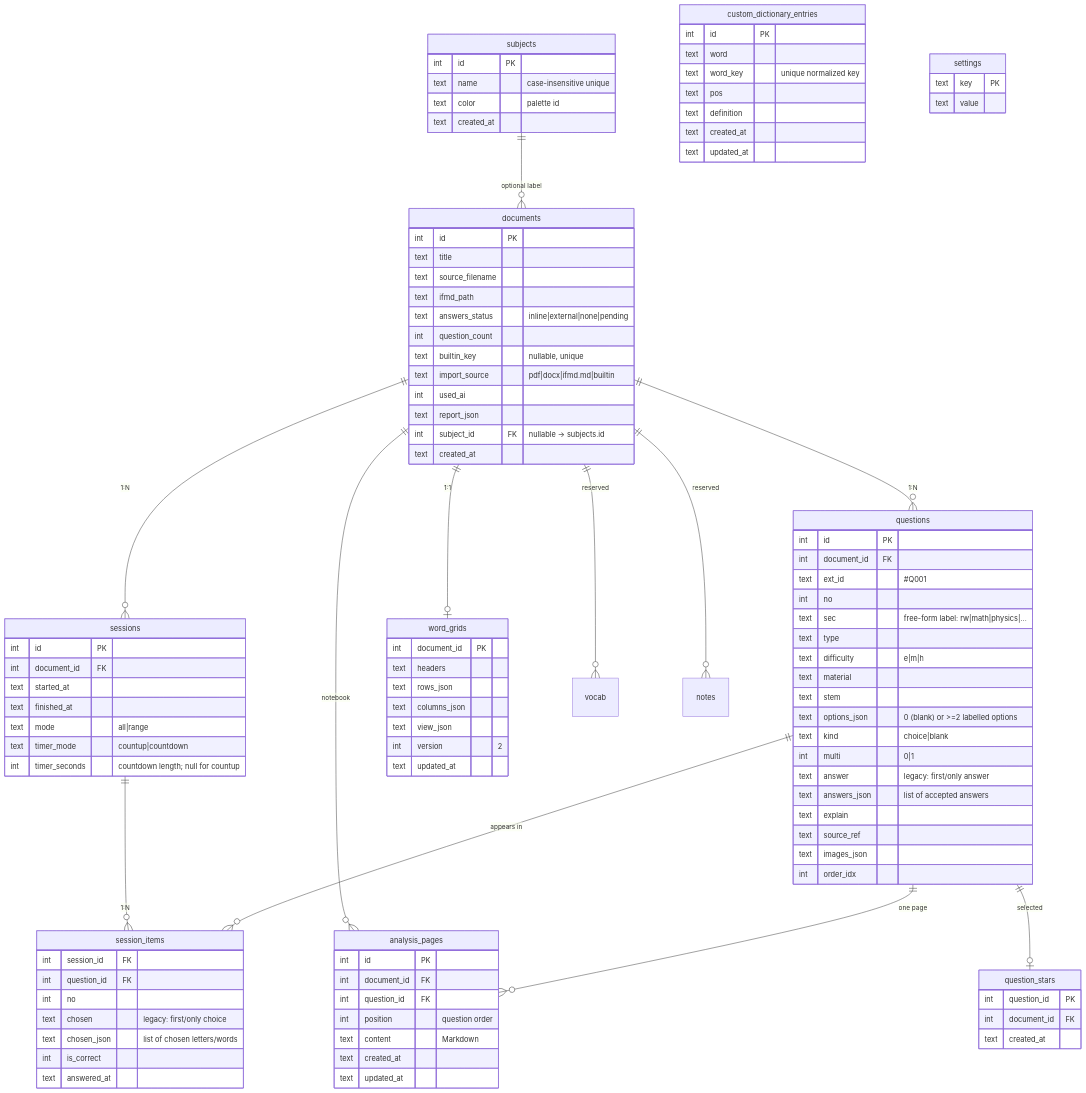
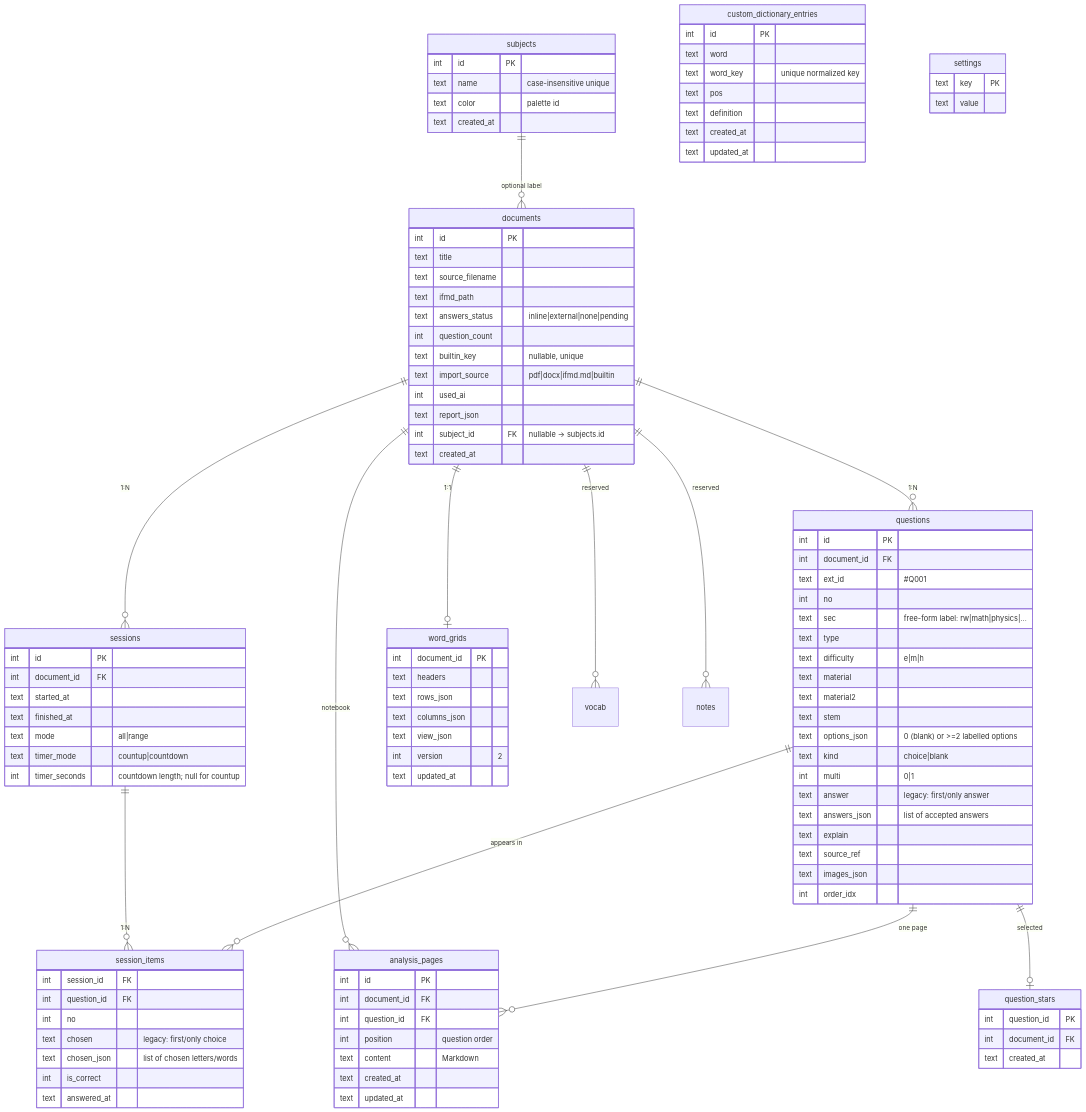
Before and after one commit to JasonSun2009CN/InteFlow: the second of 2 diagrams in docs/ARCHITECTURE.md, drawn with Mermaid. The commit also changed other lines of this file and 54 other files, not shown here.

First line of the commit message:
feat: paired passages, verse layout, complete chart crops, dictionary pane, vocab autosave

```diff
--- a/docs/ARCHITECTURE.md
+++ b/docs/ARCHITECTURE.md
@@ -148,6 +148,7 @@
     text type
     text difficulty "e|m|h"
     text material
+    text material2
     text stem
     text options_json "0 (blank) or >=2 labelled options"
     text kind "choice|blank"
```
